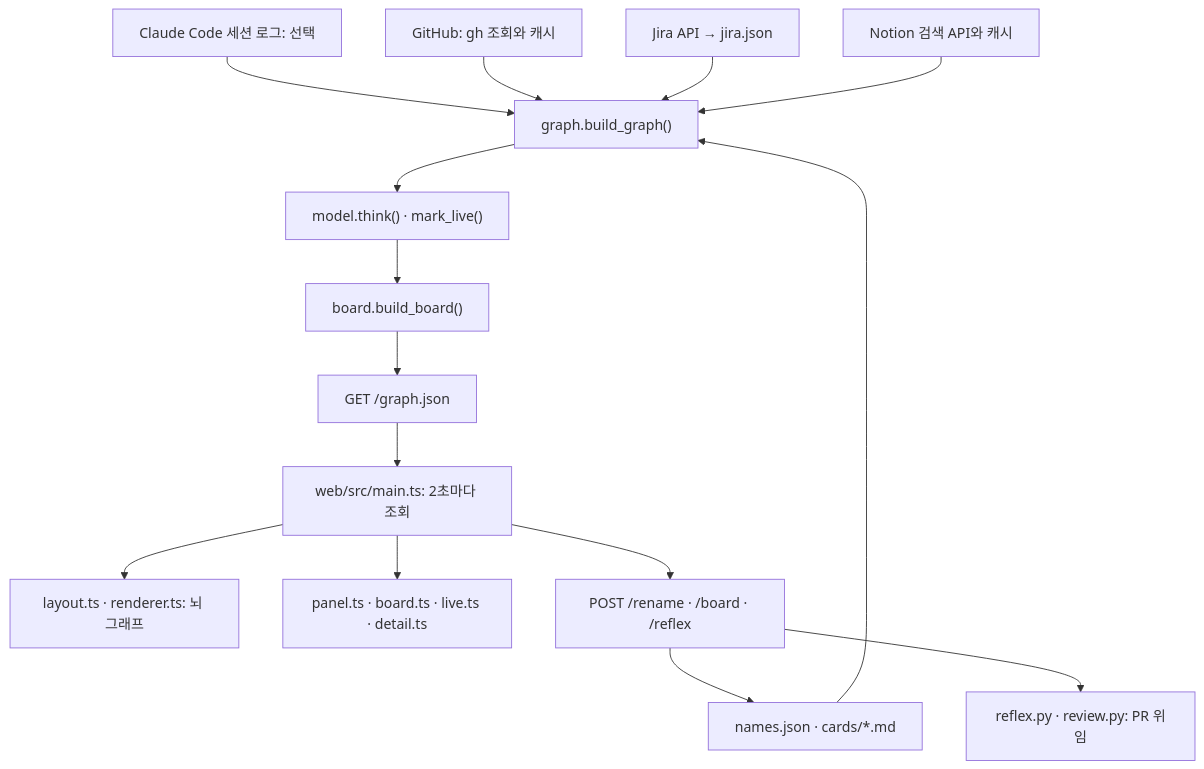
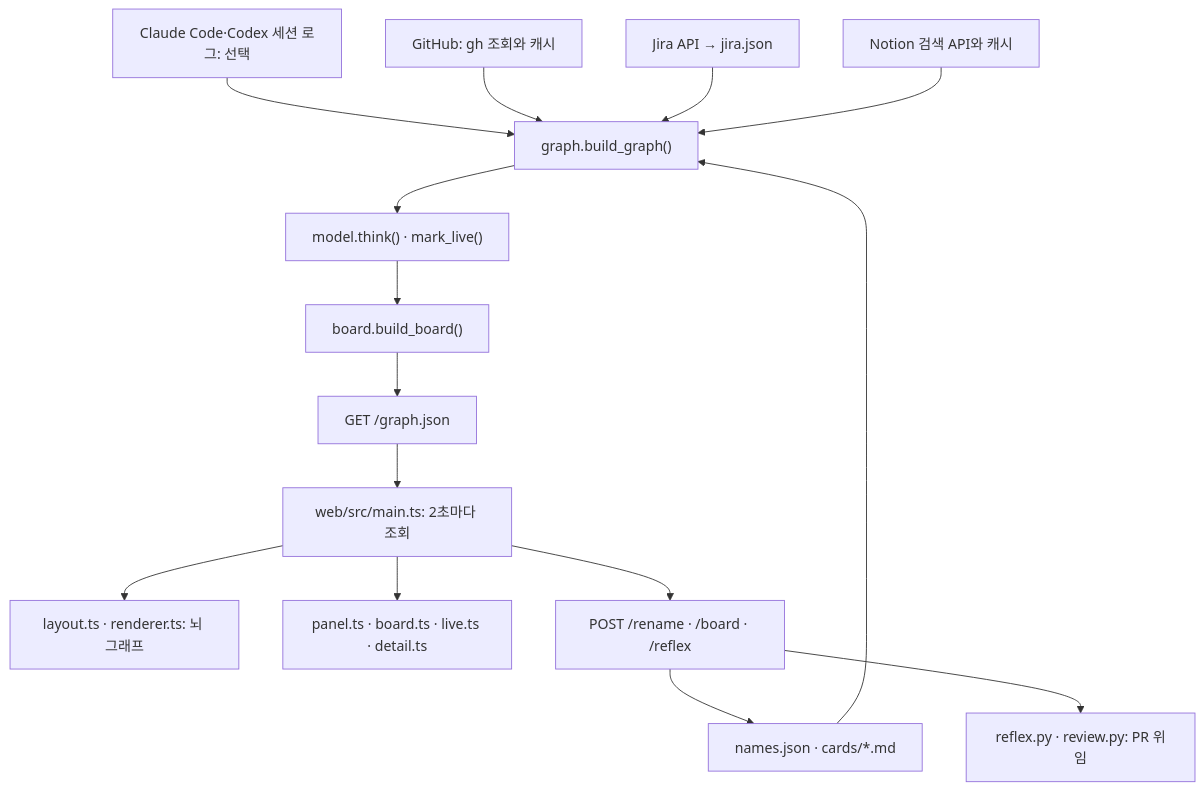
Before and after one commit to choiahrok/thync: the diagram in docs/architecture.md, drawn with Mermaid. The commit also changed other lines of this file and 9 other files, not shown here.

````diff
--- a/docs/architecture.md
+++ b/docs/architecture.md
@@ -20,17 +20,17 @@
 ```mermaid
 flowchart TD
-    Claude["Claude Code 세션 로그: 선택"] --> Graph["graph.build_graph()"]
+    Claude["Claude Code·Codex 세션 로그: 선택"] --> Graph["graph.build_graph()"]
     GitHub["GitHub: gh 조회와 캐시"] --> Graph
     Jira["Jira API → jira.json"] --> Graph
     Notion["Notion 검색 API와 캐시"] --> Graph
     Store["names.json · cards/*.md"] --> Graph
     Graph --> Model["model.think() · mark_live()"]
     Model --> Board["board.build_board()"]
     Board --> API["GET /graph.json"]
     API --> Main["web/src/main.ts: 2초마다 조회"]
     Main --> Layout["layout.ts · renderer.ts: 뇌 그래프"]
     Main --> Views["panel.ts · board.ts · live.ts · detail.ts"]
     Main --> Write["POST /rename · /board · /reflex"]
     Write --> Store
     Write --> Reflex["reflex.py · review.py: PR 위임"]
 ```
````
